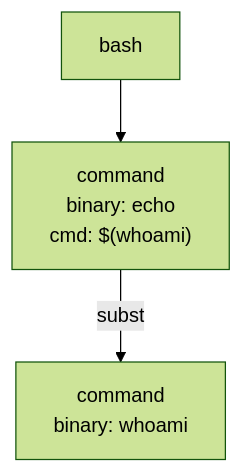
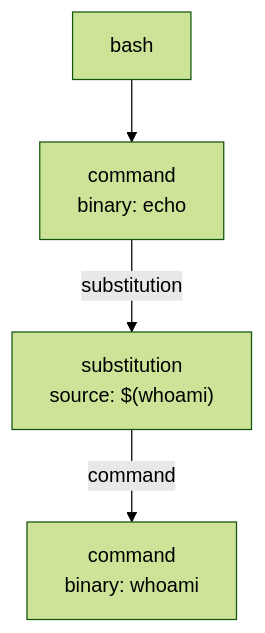
The diagram in examples/ast/command-substitution/index.md (ashleydavis/expressive-permissions), drawn with Mermaid (forest theme) before and after one commit. The commit also changed 433 other files, not shown here.

````diff
--- a/examples/ast/command-substitution/index.md
+++ b/examples/ast/command-substitution/index.md
@@ -11,8 +11,10 @@
 ```mermaid
 graph TD
   n0["bash"]
-  n1["command<br/>binary: echo<br/>cmd: $(whoami)"]
-  n2["command<br/>binary: whoami"]
-  n1 -->|subst| n2
+  n1["command<br/>binary: echo"]
+  n2["substitution<br/>source: $(whoami)"]
+  n3["command<br/>binary: whoami"]
   n0 --> n1
+  n1 -->|substitution| n2
+  n2 -->|command| n3
 ```
````
